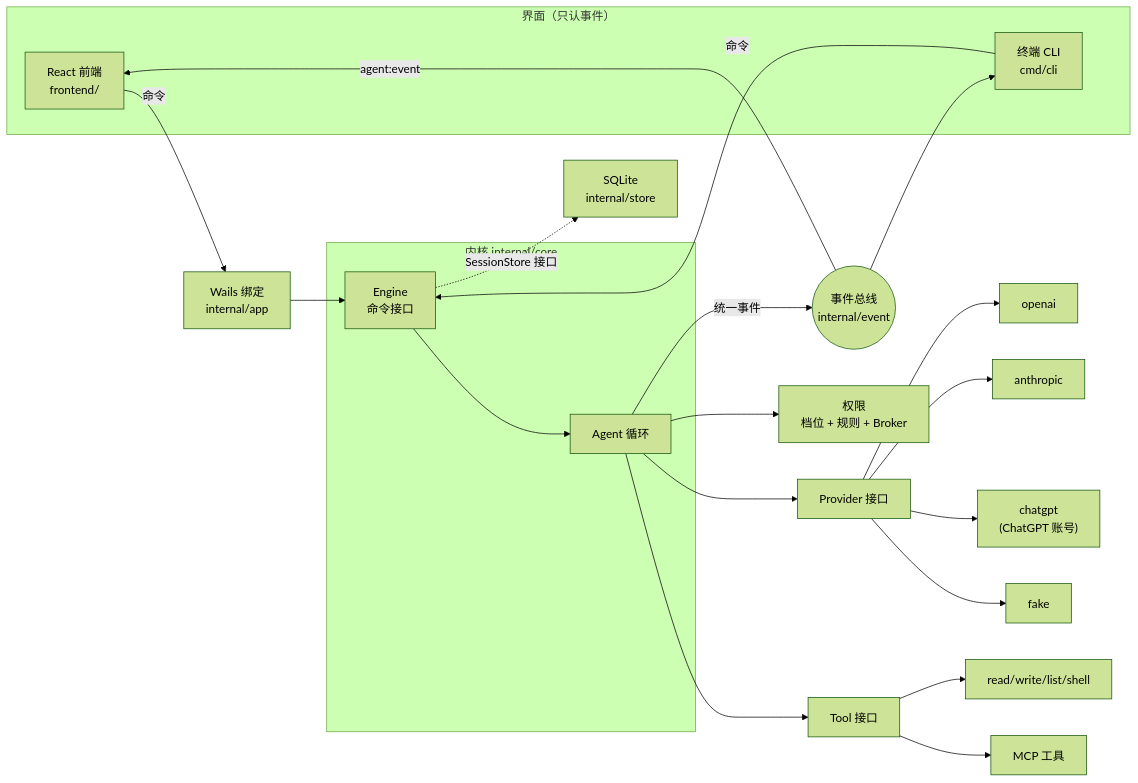
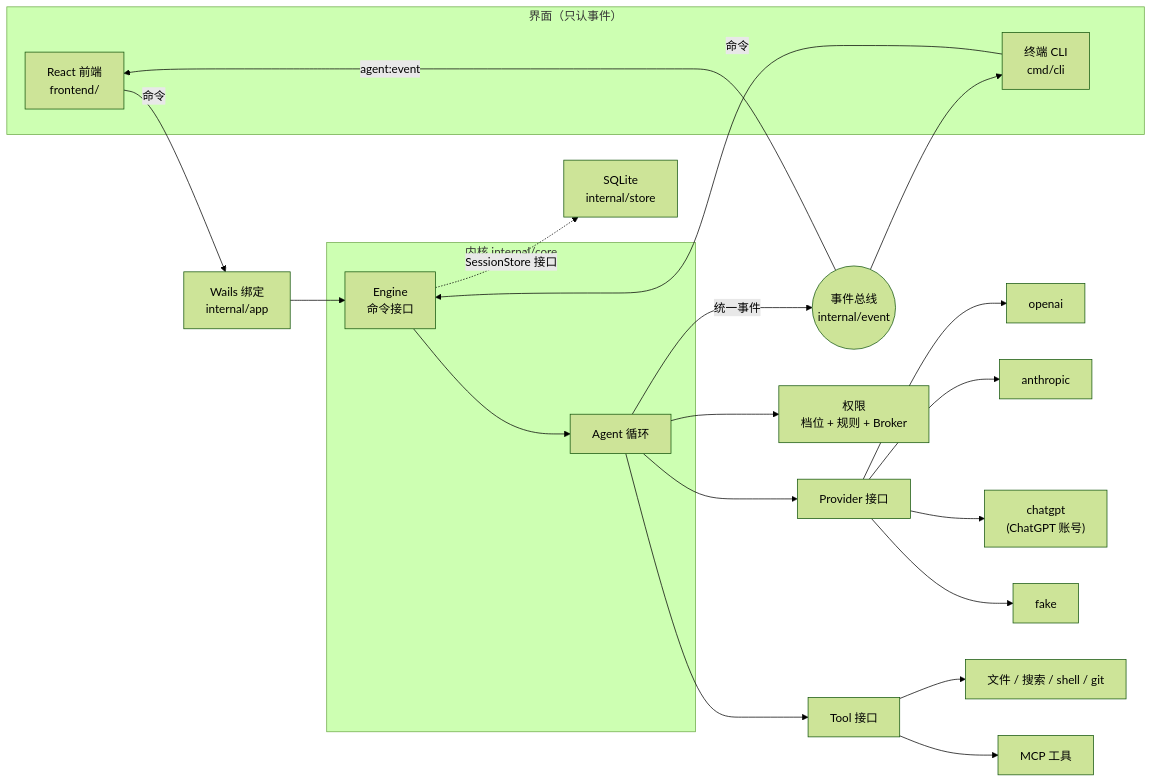
Before and after one commit to crazyjums/mosaic: the diagram in README.md, drawn with Mermaid (forest theme). The commit also changed other lines of this file and 26 other files, not shown here.

First line of the commit message:
tool: 补齐内置工具（edit_file、搜索、文件管理、git、todo）

````diff
--- a/README.md
+++ b/README.md
@@ -37,26 +37,26 @@
 ```mermaid
 flowchart LR
     subgraph UI["界面（只认事件）"]
         FE["React 前端<br/>frontend/"]
         CLI["终端 CLI<br/>cmd/cli"]
     end
     APP["Wails 绑定<br/>internal/app"]
     subgraph K["内核 internal/core"]
         ENG["Engine<br/>命令接口"]
         AG["Agent 循环"]
     end
     BUS(("事件总线<br/>internal/event"))
     P["Provider 接口"] --> OAI["openai"] & ANT["anthropic"] & CG["chatgpt<br/>(ChatGPT 账号)"] & FAKE["fake"]
-    T["Tool 接口"] --> BI["read/write/list/shell"] & MCP["MCP 工具"]
+    T["Tool 接口"] --> BI["文件 / 搜索 / shell / git"] & MCP["MCP 工具"]
     PERM["权限<br/>档位 + 规则 + Broker"]
     ST["SQLite<br/>internal/store"]
 
     FE -- "命令" --> APP --> ENG
     CLI -- "命令" --> ENG
     ENG --> AG
     AG --> P & T & PERM
     AG -- "统一事件" --> BUS
     BUS -- "agent:event" --> FE
     BUS --> CLI
     ENG -. "SessionStore 接口" .-> ST
 ```
````
